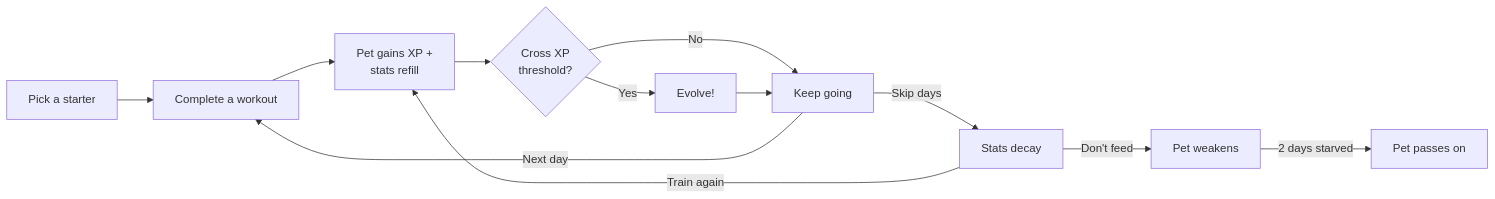
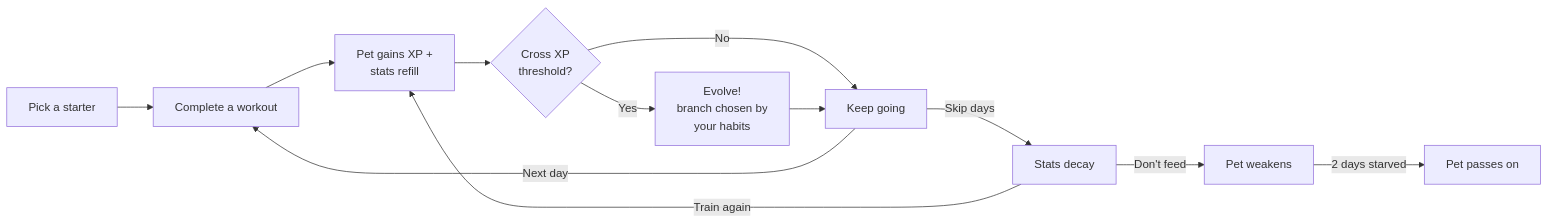
The first of 8 diagrams in docs/wiki/PYXIE-WIKI.md (trantechsolutions/pyxie-workout), drawn with Mermaid before and after one commit. The commit also changed other lines of this file and 135 other files, not shown here.

````diff
--- a/docs/wiki/PYXIE-WIKI.md
+++ b/docs/wiki/PYXIE-WIKI.md
@@ -11,14 +11,14 @@
 ```mermaid
 graph LR
   A[Pick a starter] --> B[Complete a workout]
   B --> C[Pet gains XP +<br/>stats refill]
   C --> D{Cross XP<br/>threshold?}
-  D -->|Yes| E[Evolve!]
+  D -->|Yes| E[Evolve!<br/>branch chosen by<br/>your habits]
   D -->|No| F[Keep going]
   E --> F
   F -->|Next day| B
   F -->|Skip days| G[Stats decay]
   G -->|Don't feed| H[Pet weakens]
   H -->|2 days starved| I[Pet passes on]
   G -->|Train again| C
 ```
````
